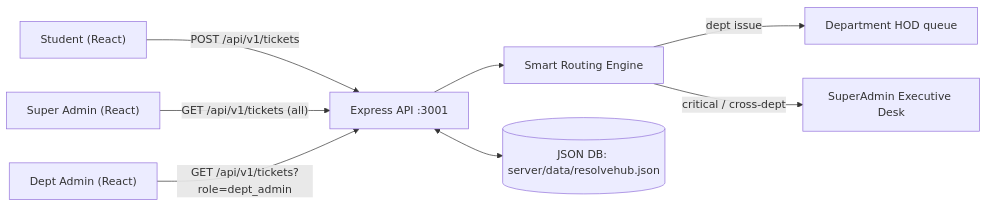
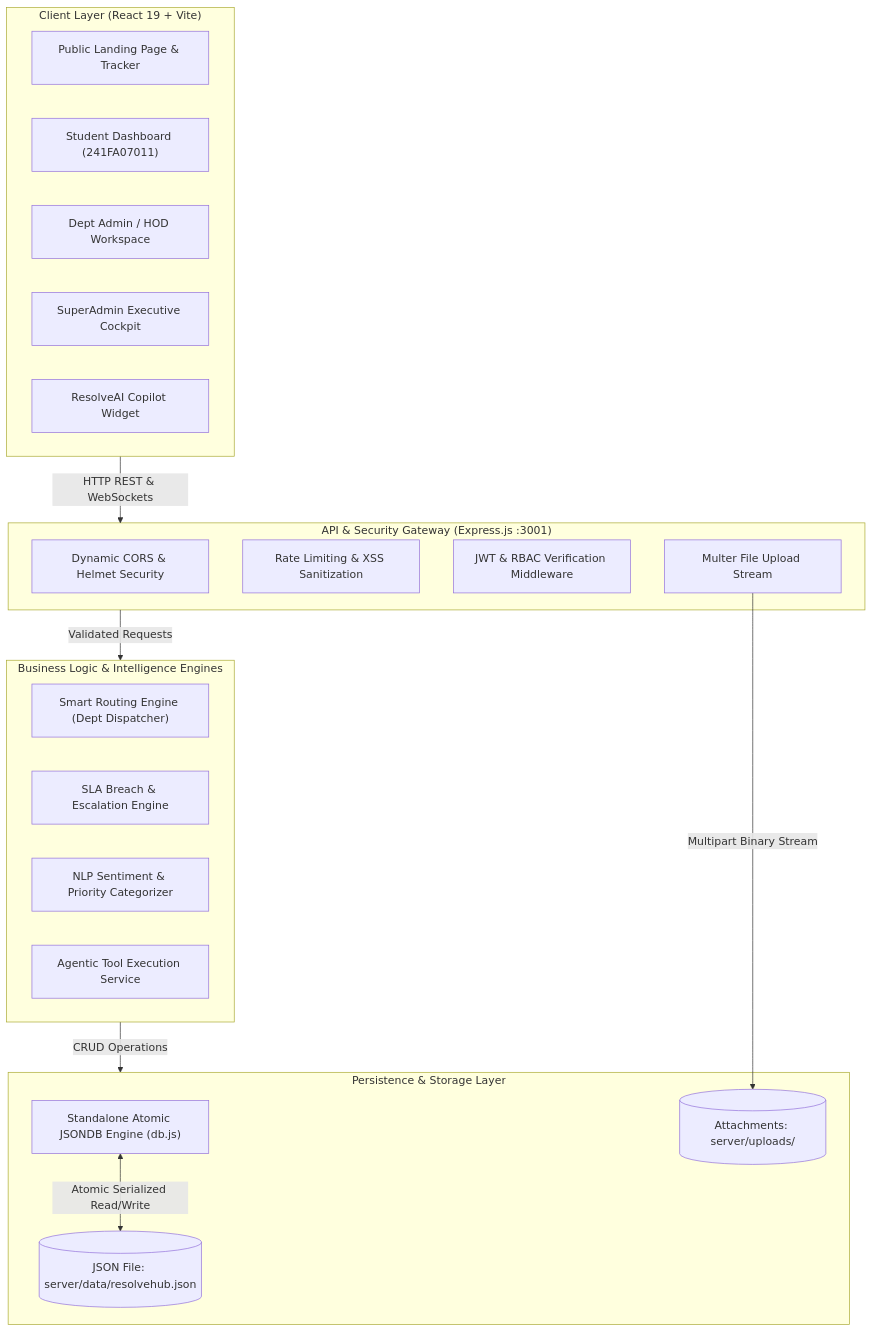
Before and after one commit to Ganesh-commit/ResolveHub: the second of 3 diagrams in README.md, drawn with Mermaid. The commit also changed other lines of this file and 5 other files, not shown here.

Commit message:
feat: complete Vignan's ResolveHub enterprise grievance portal with AI triage, JSONDB, and elite documentation

````diff
--- a/README.md
+++ b/README.md
@@ -82,10 +140,36 @@
 ```mermaid
-flowchart LR
-  S["Student (React)"] -->|"POST /api/v1/tickets"| API["Express API :3001"]
-  SA["Super Admin (React)"] -->|"GET /api/v1/tickets (all)"| API
-  HOD["Dept Admin (React)"] -->|"GET /api/v1/tickets?role=dept_admin"| API
-  API --> R["Smart Routing Engine"]
-  R -->|"dept issue"| HODQ["Department HOD queue"]
-  R -->|"critical / cross-dept"| EXEC["SuperAdmin Executive Desk"]
-  API <--> DB[("JSON DB: server/data/resolvehub.json")]
+flowchart TD
+    subgraph ClientLayer ["Client Layer (React 19 + Vite)"]
+        Landing["Public Landing Page & Tracker"]
+        StudentDash["Student Dashboard (241FA07011)"]
+        DeptDash["Dept Admin / HOD Workspace"]
+        SuperDash["SuperAdmin Executive Cockpit"]
+        AIChat["ResolveAI Copilot Widget"]
+    end
+
+    subgraph GatewayLayer ["API & Security Gateway (Express.js :3001)"]
+        CorsMW["Dynamic CORS & Helmet Security"]
+        RateLimit["Rate Limiting & XSS Sanitization"]
+        AuthMW["JWT & RBAC Verification Middleware"]
+        MulterMW["Multer File Upload Stream"]
+    end
+
+    subgraph ServiceLayer ["Business Logic & Intelligence Engines"]
+        SmartRouter["Smart Routing Engine (Dept Dispatcher)"]
+        SLAService["SLA Breach & Escalation Engine"]
+        AICategorizer["NLP Sentiment & Priority Categorizer"]
+        AITools["Agentic Tool Execution Service"]
+    end
+
+    subgraph DataLayer ["Persistence & Storage Layer"]
+        JSONEngine["Standalone Atomic JSONDB Engine (db.js)"]
+        FileStore[("JSON File: server/data/resolvehub.json")]
+        Uploads[("Attachments: server/uploads/")]
+    end
+
+    ClientLayer -->|"HTTP REST & WebSockets"| GatewayLayer
+    GatewayLayer -->|"Validated Requests"| ServiceLayer
+    ServiceLayer -->|"CRUD Operations"| DataLayer
+    JSONEngine <-->|"Atomic Serialized Read/Write"| FileStore
+    MulterMW -->|"Multipart Binary Stream"| Uploads
 ```
````
